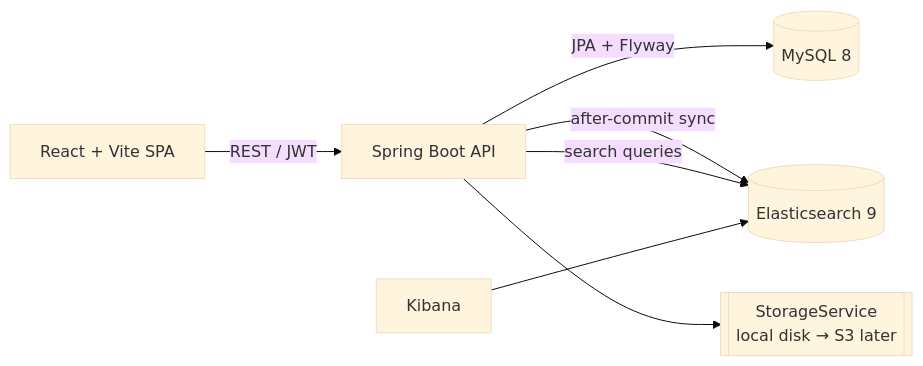
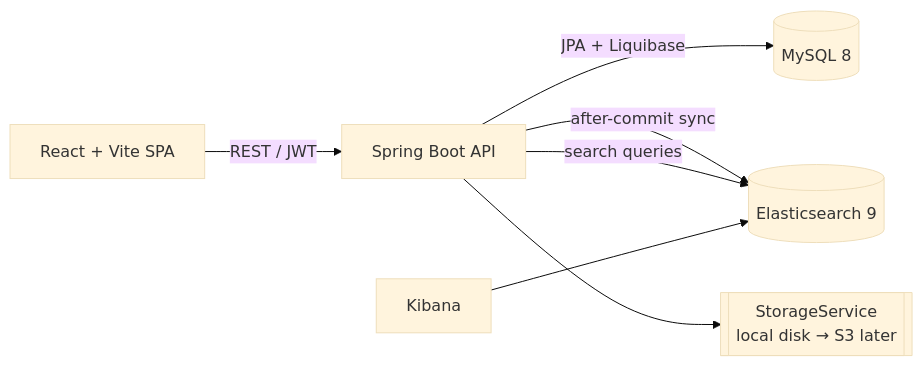
Before and after one commit to bhuvanesh-kp/Review: the diagram in docs/PLAN.md, drawn with Mermaid (base theme). The commit also changed other lines of this file and 11 other files, not shown here.

Commit message:
Refactor DB versioning from flyway to liquibase

````diff
--- a/docs/PLAN.md
+++ b/docs/PLAN.md
@@ -21,9 +21,9 @@
 ```mermaid
 flowchart LR
     UI[React + Vite SPA] -->|REST / JWT| API[Spring Boot API]
-    API -->|JPA + Flyway| DB[(MySQL 8)]
+    API -->|JPA + Liquibase| DB[(MySQL 8)]
     API -->|after-commit sync| ES[(Elasticsearch 9)]
     API -->|search queries| ES
     KB[Kibana] --> ES
     API --> FS[[StorageService<br/>local disk → S3 later]]
 ```
````
